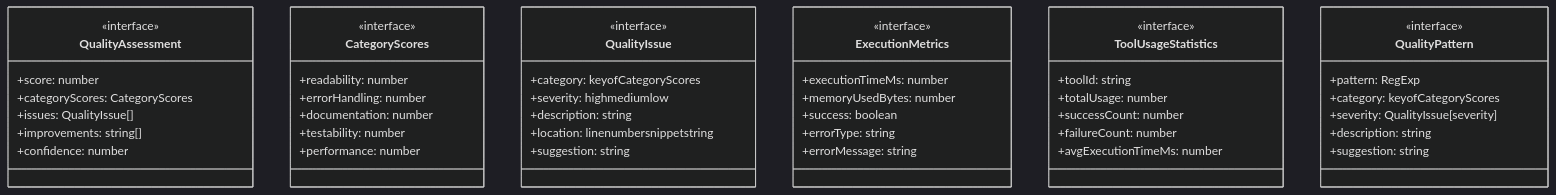
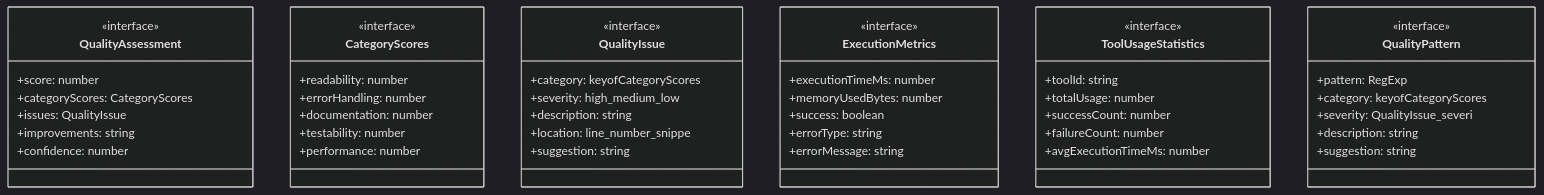
Before and after one commit to Mekann2904/mekann: the first of 2 diagrams in ABDD/.pi/lib/dynamic-tools/quality.md, drawn with Mermaid (dark theme). The commit also changed other lines of this file and 174 other files, not shown here.

First line of the commit message:
fix(docs): ABDDのMermaid図生成エラーを修正する

````diff
--- a/ABDD/.pi/lib/dynamic-tools/quality.md
+++ b/ABDD/.pi/lib/dynamic-tools/quality.md
@@ -37,51 +37,51 @@
 ```mermaid
 classDiagram
   class QualityAssessment {
     <<interface>>
     +score: number
     +categoryScores: CategoryScores
-    +issues: QualityIssue[]
-    +improvements: string[]
+    +issues: QualityIssue
+    +improvements: string
     +confidence: number
   }
   class CategoryScores {
     <<interface>>
     +readability: number
     +errorHandling: number
     +documentation: number
     +testability: number
     +performance: number
   }
   class QualityIssue {
     <<interface>>
     +category: keyofCategoryScores
-    +severity: highmediumlow
+    +severity: high_medium_low
     +description: string
-    +location: linenumbersnippetstring
+    +location: line_number_snippe
     +suggestion: string
   }
   class ExecutionMetrics {
     <<interface>>
     +executionTimeMs: number
     +memoryUsedBytes: number
     +success: boolean
     +errorType: string
     +errorMessage: string
   }
   class ToolUsageStatistics {
     <<interface>>
     +toolId: string
     +totalUsage: number
     +successCount: number
     +failureCount: number
     +avgExecutionTimeMs: number
   }
   class QualityPattern {
     <<interface>>
     +pattern: RegExp
     +category: keyofCategoryScores
-    +severity: QualityIssue[severity]
+    +severity: QualityIssue_severi
     +description: string
     +suggestion: string
   }
 ```
````
